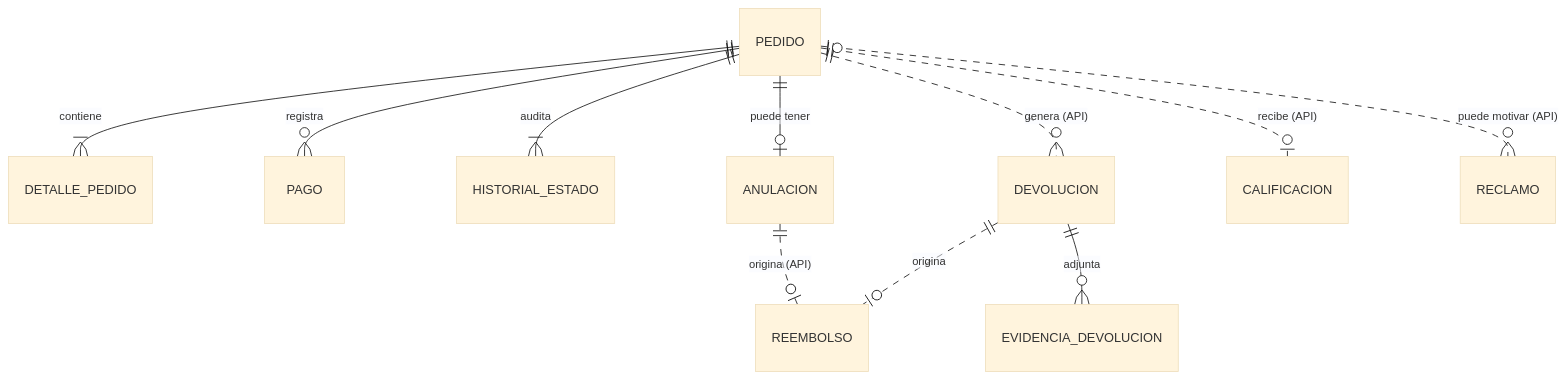
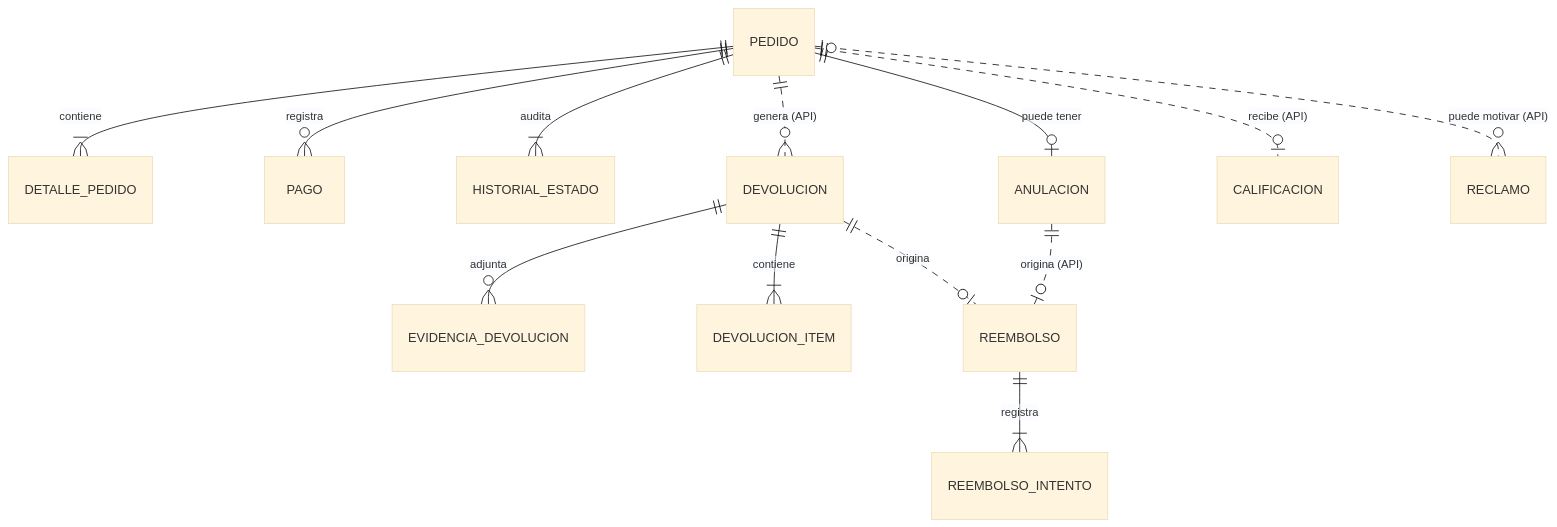
One commit to Taller-SW-Web/G5-Ventas-Postventas changed the diagram in diseno/diagramas/bd/diagrama-conceptual.md. Above: the diagram before and after it, drawn with Mermaid (base theme). The commit also changed other lines of this file, not shown here.

Commit message:
update diagrama-conceptual.md with H2, H3, and H6 tables

````diff
--- a/diseno/diagramas/bd/diagrama-conceptual.md
+++ b/diseno/diagramas/bd/diagrama-conceptual.md
@@ -16,13 +16,15 @@
 ```mermaid
 erDiagram
     PEDIDO ||--|{ DETALLE_PEDIDO : contiene
     PEDIDO ||--o{ PAGO : registra
     PEDIDO ||--|{ HISTORIAL_ESTADO : audita
     PEDIDO ||--o| ANULACION : "puede tener"
     DEVOLUCION ||--o{ EVIDENCIA_DEVOLUCION : adjunta
+    DEVOLUCION ||--|{ DEVOLUCION_ITEM : contiene
+    REEMBOLSO ||--|{ REEMBOLSO_INTENTO : registra
     PEDIDO ||..o{ DEVOLUCION : "genera (API)"
     PEDIDO ||..o| CALIFICACION : "recibe (API)"
     PEDIDO |o..o{ RECLAMO : "puede motivar (API)"
     ANULACION ||..o| REEMBOLSO : "origina (API)"
     DEVOLUCION ||..o| REEMBOLSO : origina
 ```
````
